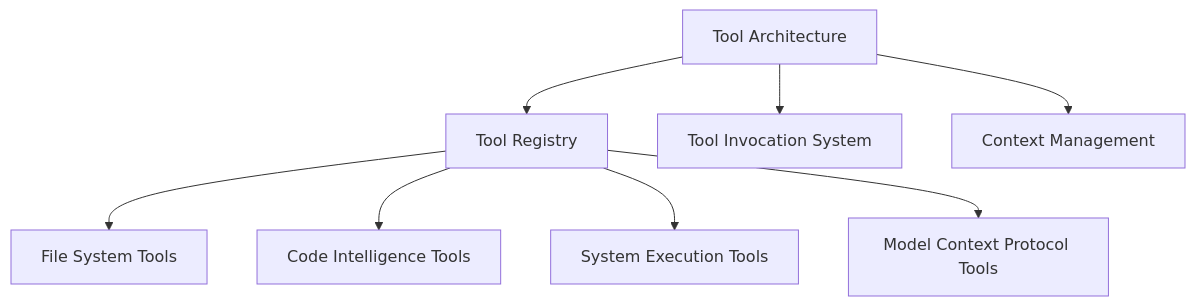
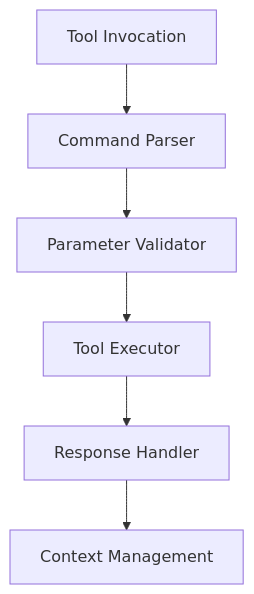
Before and after one commit to amazon1148/Roo-Code-Docs: the diagram in docs/local-llm/advanced/tool-invocation.md, drawn with Mermaid. The commit also changed other lines of this file and 16 other files, not shown here.

````diff
--- a/docs/local-llm/advanced/tool-invocation.md
+++ b/docs/local-llm/advanced/tool-invocation.md
@@ -21,11 +35,8 @@
 ```mermaid
 graph TD
-    ToolArchitecture[Tool Architecture] --> Registry[Tool Registry]
-    ToolArchitecture --> InvocationSystem[Tool Invocation System]
-    ToolArchitecture --> ContextManagement[Context Management]
-    
-    Registry --> FileSystemTools[File System Tools]
-    Registry --> CodeIntelligenceTools[Code Intelligence Tools]
-    Registry --> SystemTools[System Execution Tools]
-    Registry --> MCPTools[Model Context Protocol Tools]
+    ToolInvocation[Tool Invocation] --> Parser[Command Parser]
+    Parser --> Validator[Parameter Validator]
+    Validator --> Executor[Tool Executor]
+    Executor --> ResponseHandler[Response Handler]
+    ResponseHandler --> Context[Context Management]
 ```
````
